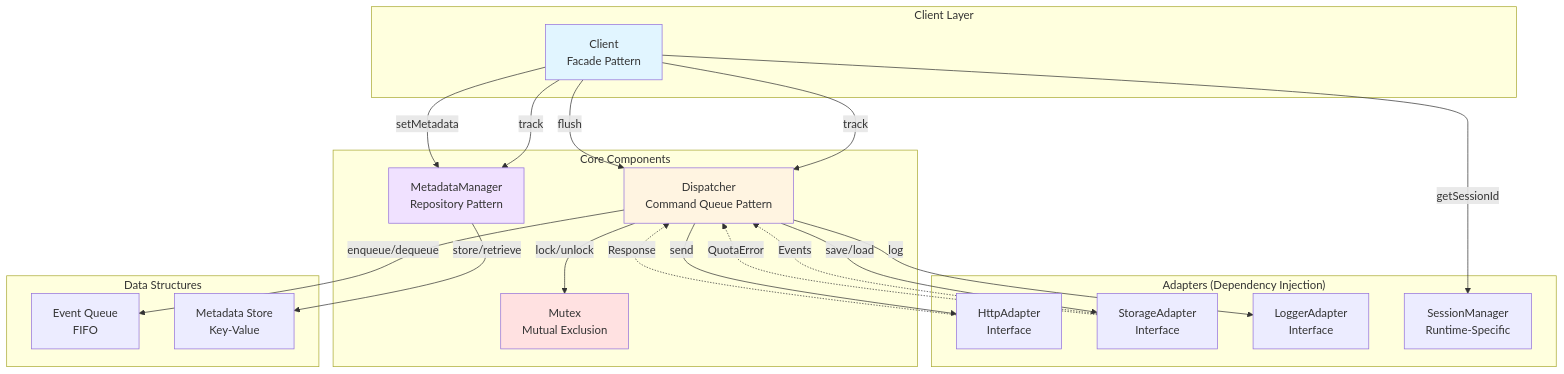
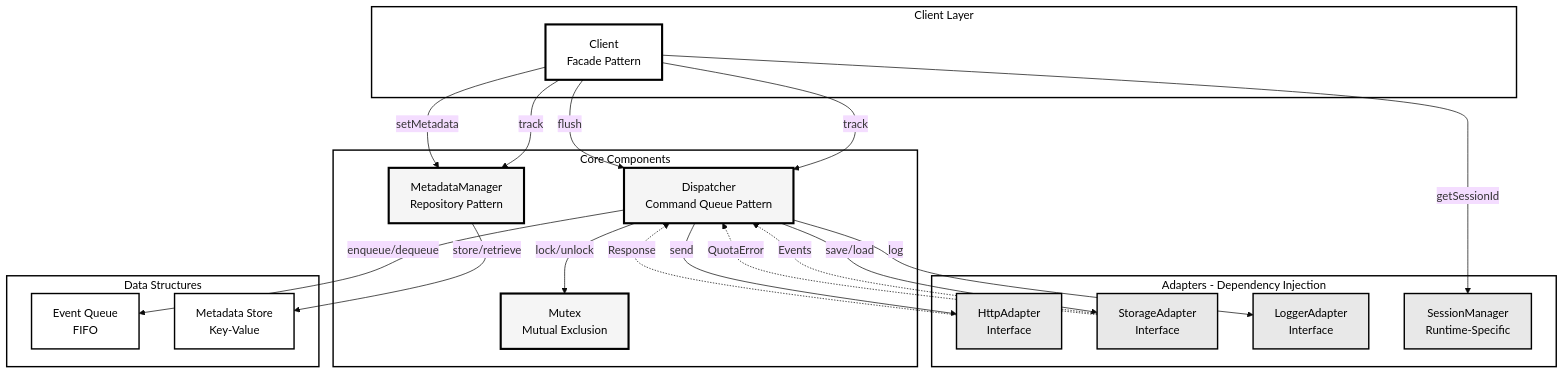
One commit to Tap30/ripple changed the first of 3 diagrams in DESIGN_AND_CONTRACTS.md. Above: the diagram before and after it, drawn with Mermaid. The commit also changed other lines of this file, not shown here.

````diff
--- a/DESIGN_AND_CONTRACTS.md
+++ b/DESIGN_AND_CONTRACTS.md
@@ -321,48 +324,56 @@
 ```mermaid
+%%{init: {'theme':'base', 'themeVariables': { 'fontSize':'16px'}}}%%
 graph TB
-    subgraph "Client Layer"
+    subgraph CL[Client Layer]
         Client[Client<br/>Facade Pattern]
     end
 
-    subgraph "Core Components"
+    subgraph CC[Core Components]
         MM[MetadataManager<br/>Repository Pattern]
         Dispatcher[Dispatcher<br/>Command Queue Pattern]
         Mutex[Mutex<br/>Mutual Exclusion]
     end
 
-    subgraph "Adapters (Dependency Injection)"
+    subgraph AD[Adapters - Dependency Injection]
         HTTP[HttpAdapter<br/>Interface]
         Storage[StorageAdapter<br/>Interface]
         Logger[LoggerAdapter<br/>Interface]
         Session[SessionManager<br/>Runtime-Specific]
     end
 
-    subgraph "Data Structures"
+    subgraph DS[Data Structures]
         Queue[Event Queue<br/>FIFO]
         Meta[Metadata Store<br/>Key-Value]
     end
 
     Client -->|track| MM
     Client -->|track| Dispatcher
     Client -->|flush| Dispatcher
     Client -->|setMetadata| MM
 
     MM -->|store/retrieve| Meta
 
     Dispatcher -->|enqueue/dequeue| Queue
     Dispatcher -->|lock/unlock| Mutex
     Dispatcher -->|send| HTTP
     Dispatcher -->|save/load| Storage
     Dispatcher -->|log| Logger
 
     Client -->|getSessionId| Session
 
     HTTP -.->|Response| Dispatcher
     Storage -.->|Events| Dispatcher
     Storage -.->|QuotaError| Dispatcher
 
-    style Client fill:#e1f5ff
-    style Dispatcher fill:#fff4e1
-    style MM fill:#f0e1ff
-    style Mutex fill:#ffe1e1
+    classDef clientStyle fill:#ffffff,stroke:#000,stroke-width:3px,color:#000
+    classDef coreStyle fill:#f5f5f5,stroke:#000,stroke-width:3px,color:#000
+    classDef adapterStyle fill:#e8e8e8,stroke:#000,stroke-width:2px,color:#000
+    classDef dataStyle fill:#ffffff,stroke:#000,stroke-width:2px,color:#000
+    classDef groupStyle fill:#ffffff,stroke:#000,stroke-width:2px,color:#000
+
+    class Client clientStyle
+    class MM,Dispatcher,Mutex coreStyle
+    class HTTP,Storage,Logger,Session adapterStyle
+    class Queue,Meta dataStyle
+    class CL,CC,AD,DS groupStyle
 ```
````
